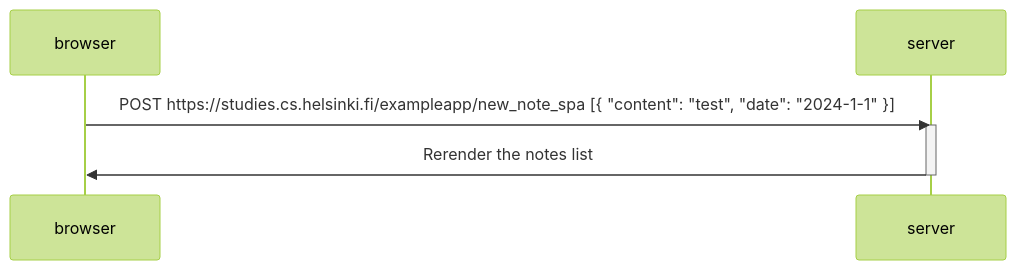
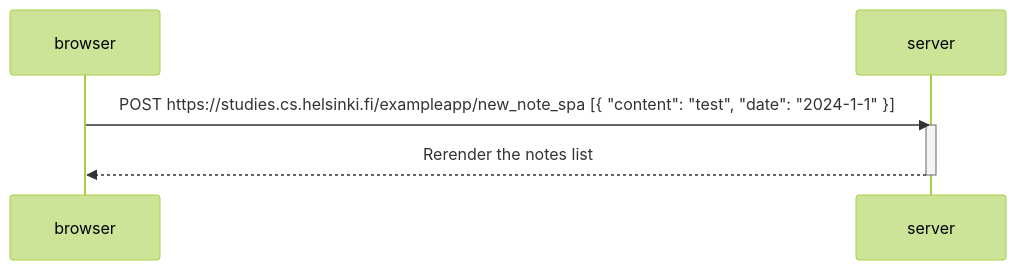
The diagram in part0/newnoteinspadiag.md (Geppy01/fullstackopen), drawn with Mermaid (forest theme) before and after one commit.

Commit message:
Update newnoteinspadiag.md
fix

````diff
--- a/part0/newnoteinspadiag.md
+++ b/part0/newnoteinspadiag.md
@@ -1,11 +1,11 @@
 ```mermaid
    sequenceDiagram
     participant browser
     participant server
 
     browser->>server: POST https://studies.cs.helsinki.fi/exampleapp/new_note_spa [{ "content": "test", "date": "2024-1-1" }]
     activate server
-    server->>browser: Rerender the notes list
+    server-->>browser: Rerender the notes list
     deactivate server
     
 ```
````
